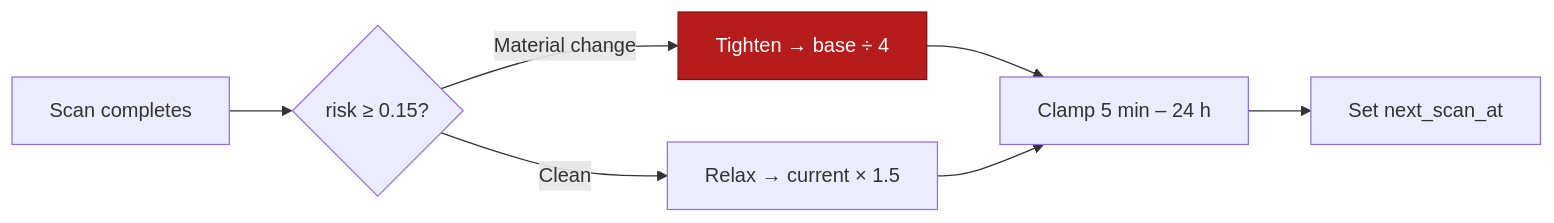
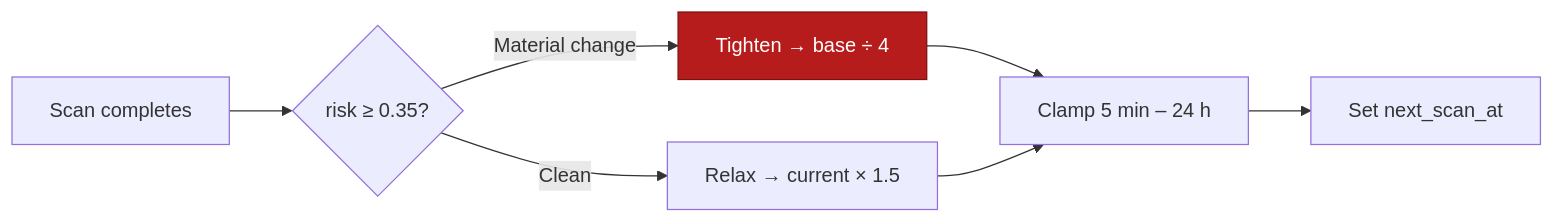
One commit to Ns81000/WARDRESS changed the second of 2 diagrams in docs/detection-layers.mdx. Above: the diagram before and after it, drawn with Mermaid. The commit also changed other lines of this file and 6 other files, not shown here.

````diff
--- a/docs/detection-layers.mdx
+++ b/docs/detection-layers.mdx
@@ -77,12 +77,12 @@
 ```mermaid
 flowchart LR
-    SCAN[Scan completes] --> Q{risk ≥ 0.15?}
+    SCAN[Scan completes] --> Q{risk ≥ 0.35?}
     Q -->|Material change| T["Tighten → base ÷ 4"]
     Q -->|Clean| R["Relax → current × 1.5"]
     T --> C[Clamp 5 min – 24 h]
     R --> C
     C --> N[Set next_scan_at]
 
     classDef hot fill:#b71c1c,stroke:#7f1010,color:#fff;
     class T hot;
 ```
````
